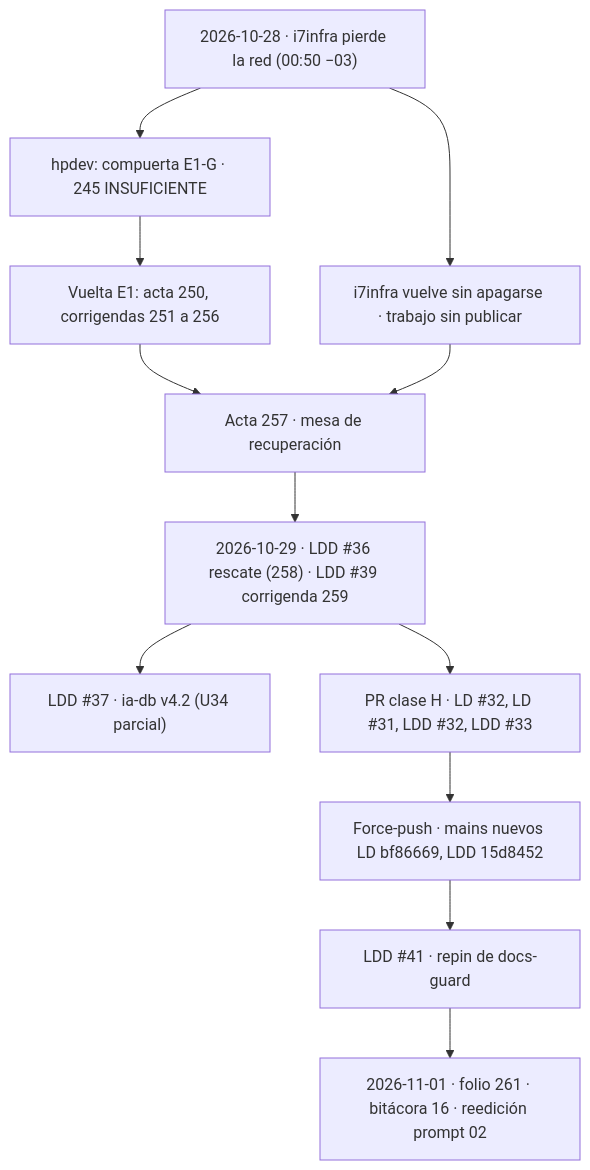
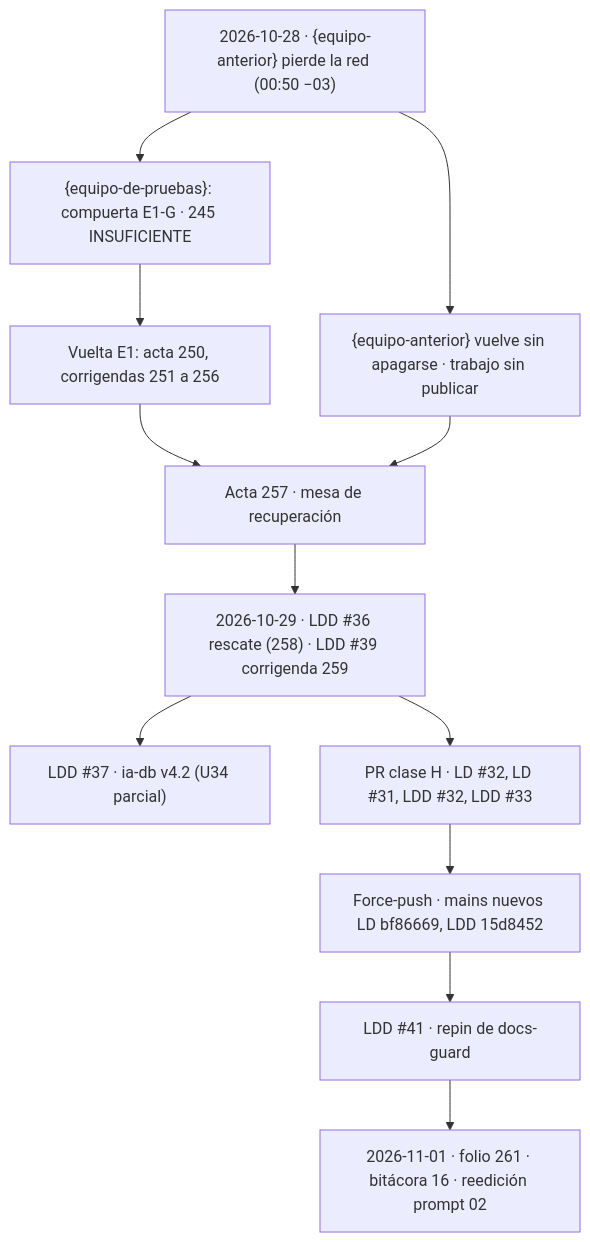
Before and after one commit to hdcm-dev/Lab-Documentos.Documentacion: the diagram in PROMPTs/Guides/14-Sistema-De-Documentador-Tecnico/OUTPUTs/DocsAsCode-Bitacoras/16-2026-10-28-Onda8-Rescate-Y-Reescritura.md, drawn with Mermaid. The commit also changed other lines of this file and 30 other files, not shown here.

````diff
--- a/PROMPTs/Guides/14-Sistema-De-Documentador-Tecnico/OUTPUTs/DocsAsCode-Bitacoras/16-2026-10-28-Onda8-Rescate-Y-Reescritura.md
+++ b/PROMPTs/Guides/14-Sistema-De-Documentador-Tecnico/OUTPUTs/DocsAsCode-Bitacoras/16-2026-10-28-Onda8-Rescate-Y-Reescritura.md
@@ -44,14 +44,14 @@
 ```mermaid
 flowchart TD
-  A["2026-10-28 · i7infra pierde la red (00:50 −03)"] --> B["hpdev: compuerta E1-G · 245 INSUFICIENTE"]
+  A["2026-10-28 · {equipo-anterior} pierde la red (00:50 −03)"] --> B["{equipo-de-pruebas}: compuerta E1-G · 245 INSUFICIENTE"]
   B --> C["Vuelta E1: acta 250, corrigendas 251 a 256"]
-  A --> D["i7infra vuelve sin apagarse · trabajo sin publicar"]
+  A --> D["{equipo-anterior} vuelve sin apagarse · trabajo sin publicar"]
   C --> E["Acta 257 · mesa de recuperación"]
   D --> E
   E --> F["2026-10-29 · LDD #36 rescate (258) · LDD #39 corrigenda 259"]
   F --> G["LDD #37 · ia-db v4.2 (U34 parcial)"]
   F --> H["PR clase H · LD #32, LD #31, LDD #32, LDD #33"]
   H --> I["Force-push · mains nuevos LD bf86669, LDD 15d8452"]
   I --> J["LDD #41 · repin de docs-guard"]
   J --> K["2026-11-01 · folio 261 · bitácora 16 · reedición prompt 02"]
 ```
````
